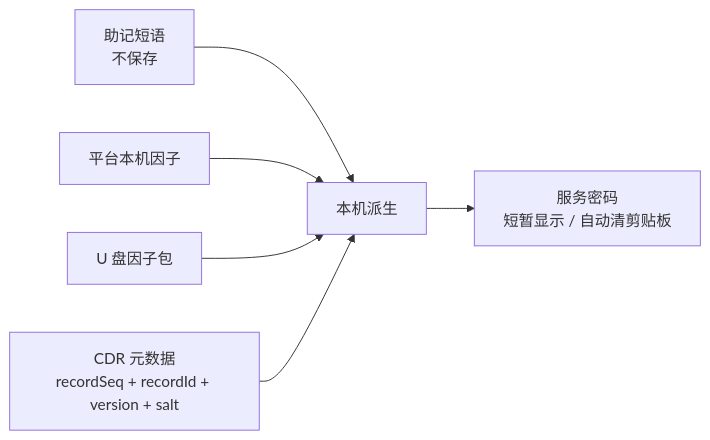
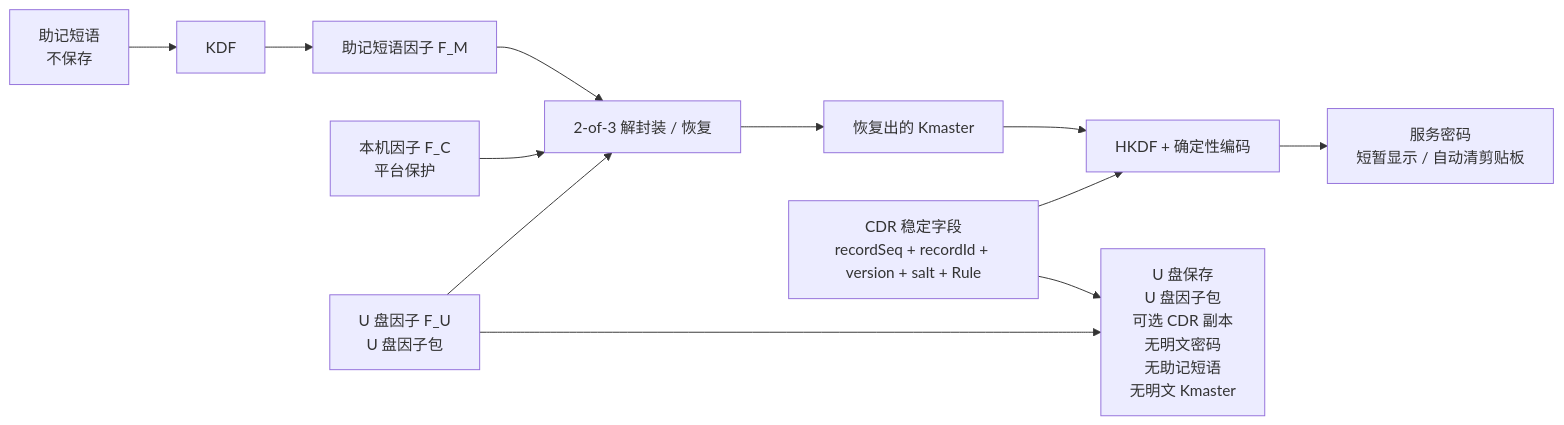
The diagram in README.zh-CN.md (ferrarif1/KeyLessPass), drawn with Mermaid before and after one commit. The commit also changed other lines of this file and 1 other file, not shown here.

````diff
--- a/README.zh-CN.md
+++ b/README.zh-CN.md
@@ -80,8 +80,14 @@
 ```mermaid
 flowchart LR
-    M["助记短语<br/>不保存"] --> D["本机派生"]
-    L["平台本机因子"] --> D
-    U["U 盘因子包"] --> D
-    C["CDR 元数据<br/>recordSeq + recordId + version + salt"] --> D
+    M["助记短语<br/>不保存"] --> KDF["KDF"]
+    KDF --> FM["助记短语因子 F_M"]
+    FC["本机因子 F_C<br/>平台保护"] --> R["2-of-3 解封装 / 恢复"]
+    FM --> R
+    FU["U 盘因子 F_U<br/>U 盘因子包"] --> R
+    R --> KM["恢复出的 Kmaster"]
+    KM --> D["HKDF + 确定性编码"]
+    C["CDR 稳定字段<br/>recordSeq + recordId + version + salt + Rule"] --> D
     D --> P["服务密码<br/>短暂显示 / 自动清剪贴板"]
+    FU --> U["U 盘保存<br/>U 盘因子包<br/>可选 CDR 副本<br/>无明文密码<br/>无助记短语<br/>无明文 Kmaster"]
+    C --> U
 ```
````
